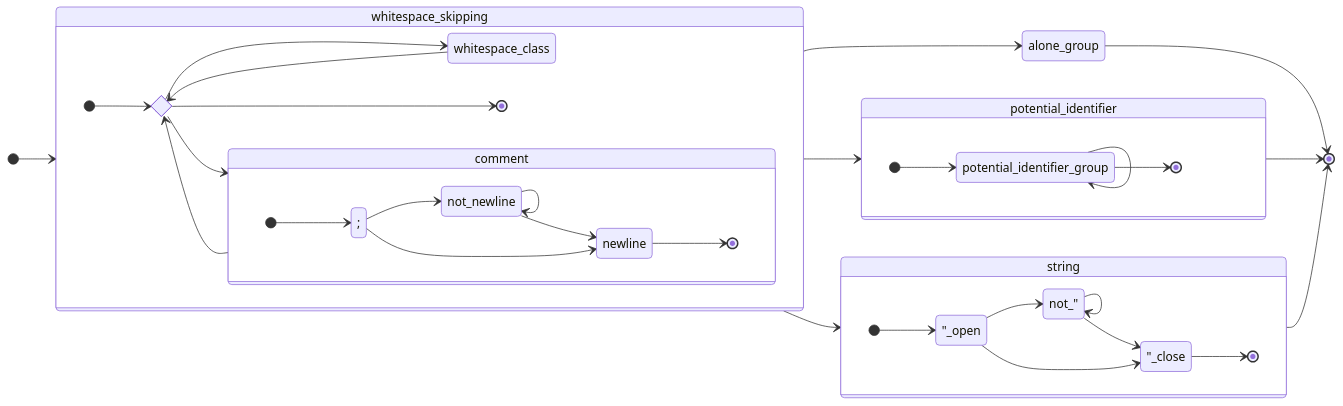
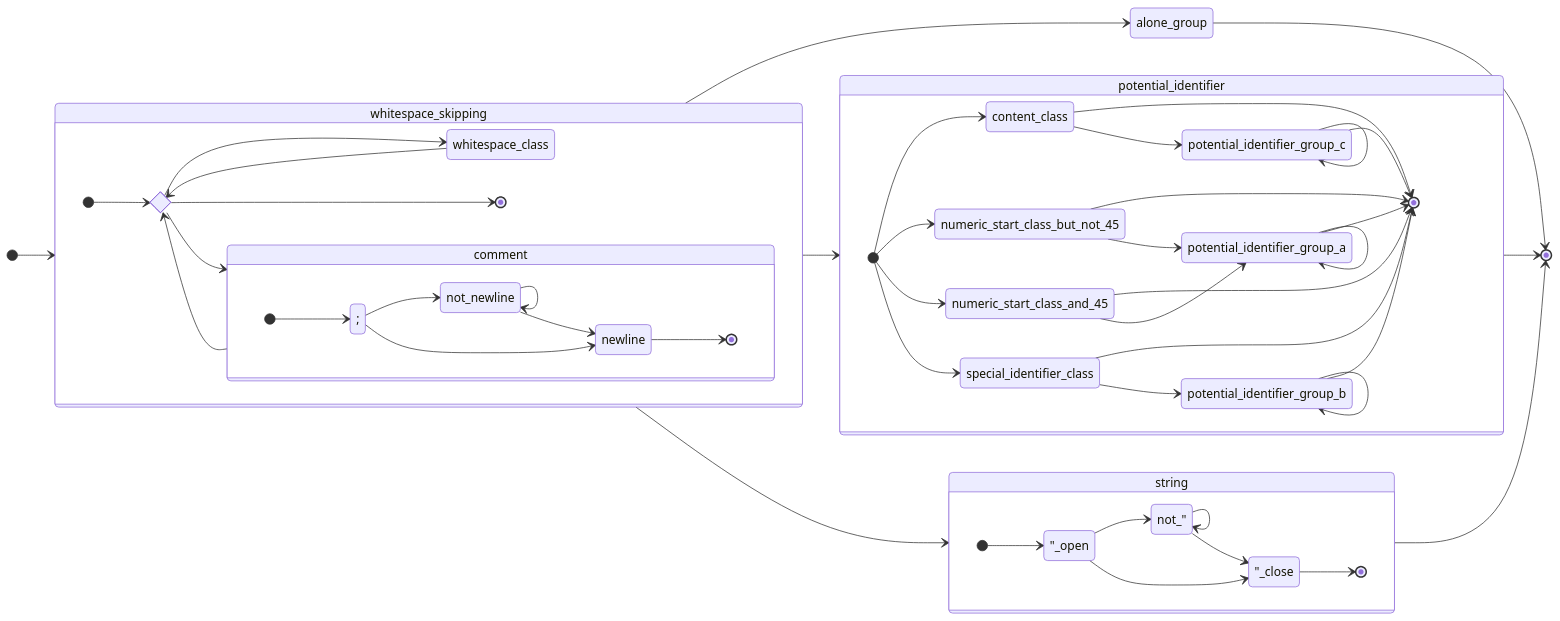
Before and after one commit to 20kdc/gabien-common: the diagram in datum/specification.md, drawn with Mermaid. The commit also changed other lines of this file and 4 other files, not shown here.

````diff
--- a/datum/specification.md
+++ b/datum/specification.md
@@ -135,45 +147,60 @@
 ```mermaid
 stateDiagram-v2
     direction LR
     state whitespace_skipping {
         direction LR
         state loop <<choice>>
         [*] --> loop
         loop --> whitespace_class
         loop --> comment
         loop --> [*]
         whitespace_class --> loop
         comment --> loop
     }
     state comment {
         direction LR
         [*] --> ;
         ; --> not_newline
         not_newline --> not_newline
         not_newline --> newline
         ; --> newline
         newline --> [*]
     }
     [*] --> whitespace_skipping
     state potential_identifier {
         direction LR
-        [*] --> potential_identifier_group
-        potential_identifier_group --> potential_identifier_group
-        potential_identifier_group --> [*]
+        [*] --> content_class
+        content_class --> [*]
+        [*] --> numeric_start_class_but_not_45
+        numeric_start_class_but_not_45 --> [*]
+        [*] --> numeric_start_class_and_45
+        numeric_start_class_and_45 --> [*]
+        [*] --> special_identifier_class
+        special_identifier_class --> [*]
+        numeric_start_class_but_not_45 --> potential_identifier_group_a
+        numeric_start_class_and_45 --> potential_identifier_group_a
+        potential_identifier_group_a --> [*]
+        special_identifier_class --> potential_identifier_group_b
+        potential_identifier_group_b --> [*]
+        content_class --> potential_identifier_group_c
+        potential_identifier_group_c --> [*]
+        potential_identifier_group_a --> potential_identifier_group_a
+        potential_identifier_group_b --> potential_identifier_group_b
+        potential_identifier_group_c --> potential_identifier_group_c
     }
     whitespace_skipping --> potential_identifier
     potential_identifier --> [*]
     whitespace_skipping --> alone_group
     alone_group --> [*]
     whitespace_skipping --> string
     string --> [*]
     state string {
         direction LR
         [*] --> "_open
         "_open --> "_close
         "_open --> not_"
         not_" --> not_"
         not_" --> "_close
         "_close --> [*]
     }
 ```
````
